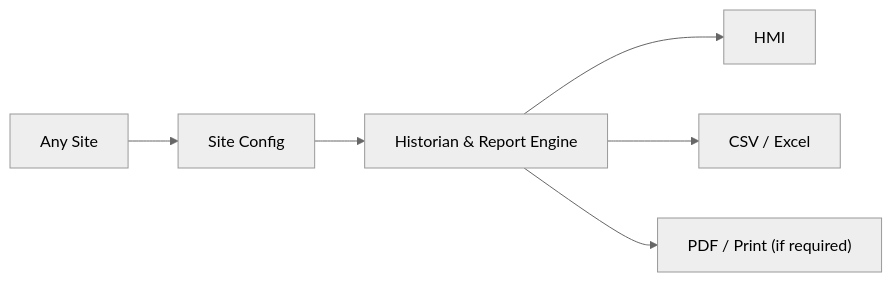
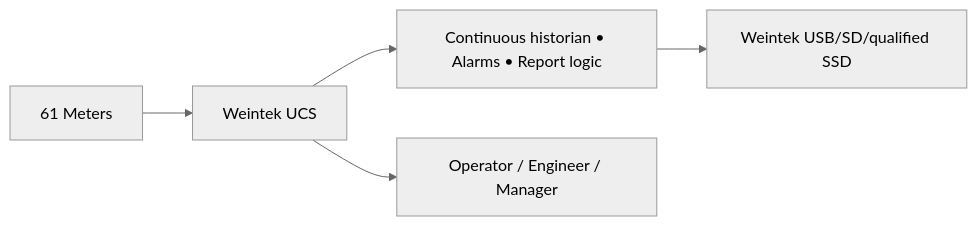
Before and after one commit to raohassandev/Weintek-Macro-Javascript-based-reporting: the diagram in docs/OWNER_DASHBOARD.md, drawn with Mermaid (neutral theme). The commit also changed other lines of this file and 27 other files, not shown here.

Commit message:
feat: Weintek-only UCS architecture, role homes and HTML/demo research (#26)

````diff
--- a/docs/OWNER_DASHBOARD.md
+++ b/docs/OWNER_DASHBOARD.md
@@ -8,8 +7,7 @@
 ```mermaid
 flowchart LR
- A["Any Site"] --> B["Site Config"]
- B --> C["Historian & Report Engine"]
- C --> D["HMI"]
- C --> E["CSV / Excel"]
- C --> F["PDF / Print (if required)"]
+ M["61 Meters"] --> W["Weintek UCS"]
+ W --> S["Continuous historian • Alarms • Report logic"]
+ W --> H["Operator / Engineer / Manager"]
+ S --> USB["Weintek USB/SD/qualified SSD"]
 ```
````
